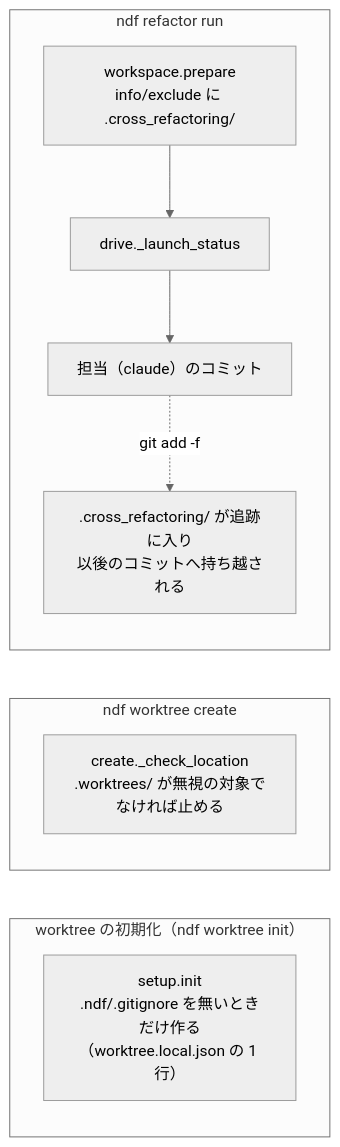
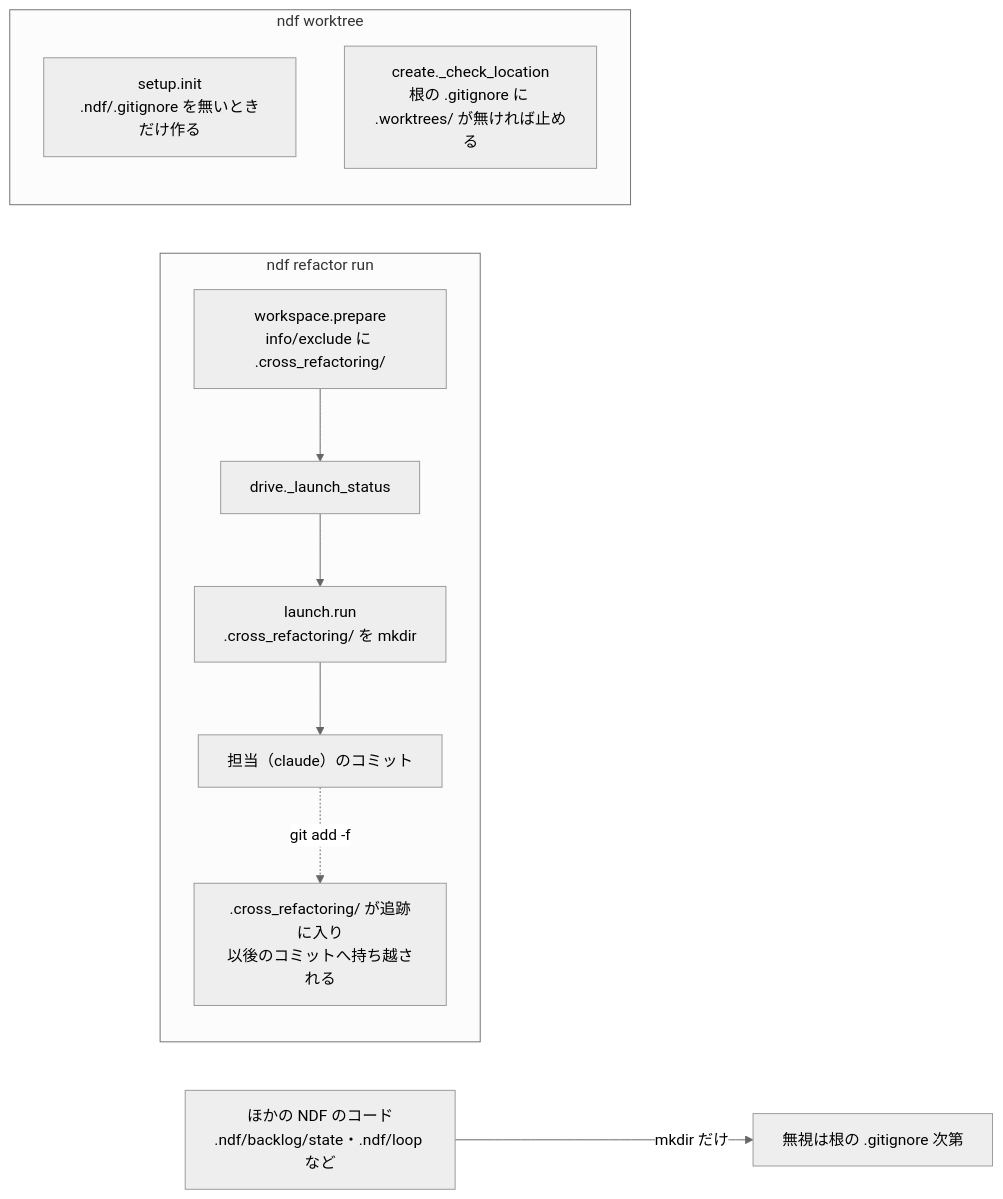
The first of 2 diagrams in issues/issue-3500-design.md (devbasex/ai-plugins), drawn with Mermaid (neutral theme) before and after one commit. The commit also changed other lines of this file and 2 other files, not shown here.

First line of the commit message:
Docs: #3500 を上位の主題（NDF が作るリポジトリ管理外のファイルの ignore の仕方をそろえる）で組み直す

````diff
--- a/issues/issue-3500-design.md
+++ b/issues/issue-3500-design.md
@@ -9,14 +9,14 @@
 ```mermaid
 flowchart LR
-  subgraph init["worktree の初期化（ndf worktree init）"]
-    S["setup.init<br/>.ndf/.gitignore を無いときだけ作る<br/>（worktree.local.json の 1 行）"]
-  end
-  subgraph create["ndf worktree create"]
-    C["create._check_location<br/>.worktrees/ が無視の対象でなければ止める"]
-  end
   subgraph refactor["ndf refactor run"]
     P["workspace.prepare<br/>info/exclude に .cross_refactoring/"] --> D["drive._launch_status"]
-    D --> F["担当（claude）のコミット"]
+    D --> L["launch.run<br/>.cross_refactoring/ を mkdir"]
+    L --> F["担当（claude）のコミット"]
     F -.->|"git add -f"| X[".cross_refactoring/ が追跡に入り<br/>以後のコミットへ持ち越される"]
   end
+  subgraph wt["ndf worktree"]
+    I["setup.init<br/>.ndf/.gitignore を無いときだけ作る"]
+    C["create._check_location<br/>根の .gitignore に .worktrees/ が無ければ止める"]
+  end
+  O["ほかの NDF のコード<br/>.ndf/backlog/state・.ndf/loop など"] -->|"mkdir だけ"| N["無視は根の .gitignore 次第"]
 ```
````
